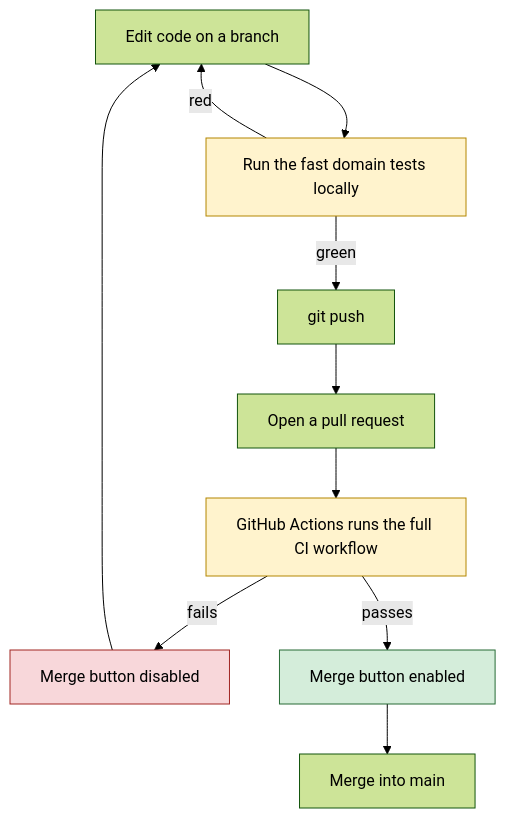
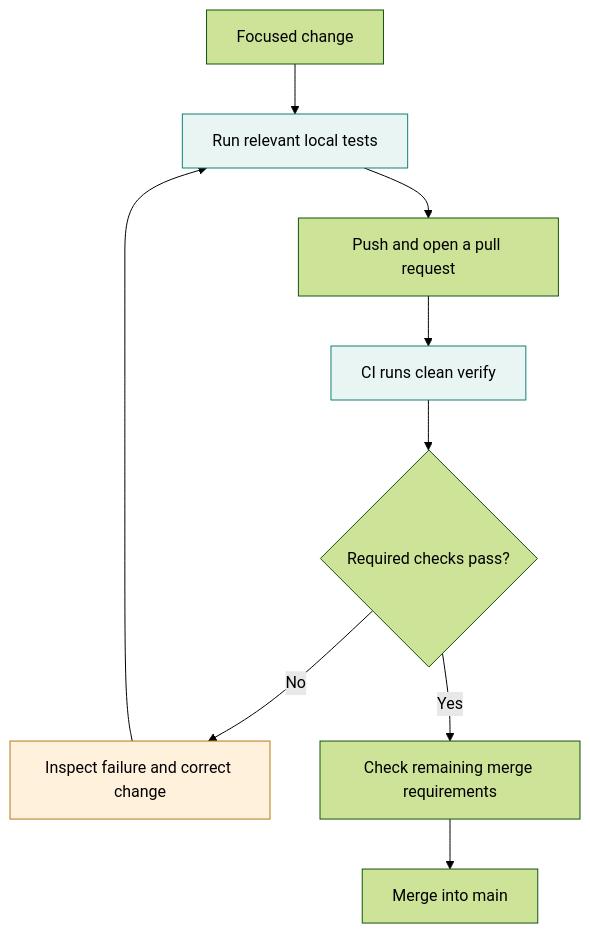
The diagram in CI_DISCIPLINE_WALKTHROUGH.md (alfredorueda/HexaStock), drawn with Mermaid (forest theme) before and after one commit. The commit also changed other lines of this file and 2 other files, not shown here.

````diff
--- a/CI_DISCIPLINE_WALKTHROUGH.md
+++ b/CI_DISCIPLINE_WALKTHROUGH.md
@@ -44,17 +11,14 @@
 ```mermaid
 flowchart TD
-    A["Edit code on a branch"] --> B["Run the fast domain tests locally"]
-    B -- red --> A
-    B -- green --> C["git push"]
-    C --> D["Open a pull request"]
-    D --> E["GitHub Actions runs the full CI workflow"]
-    E -- fails --> F["Merge button disabled"]
-    F --> A
-    E -- passes --> G["Merge button enabled"]
-    G --> H["Merge into main"]
-
-    style B fill:#fff3cd,stroke:#b38600
-    style E fill:#fff3cd,stroke:#b38600
-    style F fill:#f8d7da,stroke:#a12622
-    style G fill:#d4edda,stroke:#276b35
+    A[Focused change] --> B[Run relevant local tests]
+    B --> C[Push and open a pull request]
+    C --> D[CI runs clean verify]
+    D --> E{Required checks pass?}
+    E -->|No| F[Inspect failure and correct change]
+    F --> B
+    E -->|Yes| G[Check remaining merge requirements]
+    G --> H[Merge into main]
+    style B fill:#e8f5f2,stroke:#157f78
+    style D fill:#e8f5f2,stroke:#157f78
+    style F fill:#fff1dc,stroke:#b87918
 ```
````
